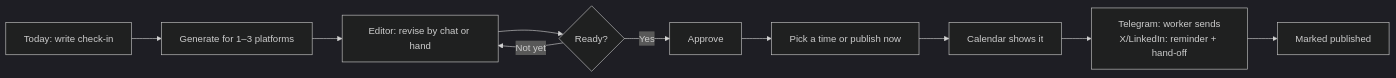
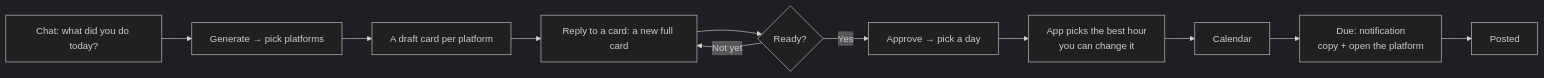
One commit to fetehadin/post-generator changed the second of 3 diagrams in docs/DESIGN.md. Above: the diagram before and after it, drawn with Mermaid (dark theme). The commit also changed other lines of this file and 7 other files, not shown here.

First line of the commit message:
docs: SRS 1.3: Telegram as a hand-off, chat board threads, best posting hours (#44)

````diff
--- a/docs/DESIGN.md
+++ b/docs/DESIGN.md
@@ -91,12 +93,13 @@
 ```mermaid
 flowchart LR
-    A[Today: write check-in] --> B[Generate for 1–3 platforms]
-    B --> C[Editor: revise by chat or hand]
-    C --> D{Ready?}
-    D -->|Not yet| C
-    D -->|Yes| E[Approve]
-    E --> F[Pick a time or publish now]
-    F --> G[Calendar shows it]
-    G --> H[Telegram: worker sends<br/>X/LinkedIn: reminder + hand-off]
-    H --> I[Marked published]
+    A[Chat: what did you do today?] --> B[Generate → pick platforms]
+    B --> C[A draft card per platform]
+    C --> D[Reply to a card: a new full card]
+    D --> E{Ready?}
+    E -->|Not yet| D
+    E -->|Yes| F[Approve → pick a day]
+    F --> G[App picks the best hour<br/>you can change it]
+    G --> H[Calendar]
+    H --> I[Due: notification<br/>copy + open the platform]
+    I --> J[Posted]
 ```
````
